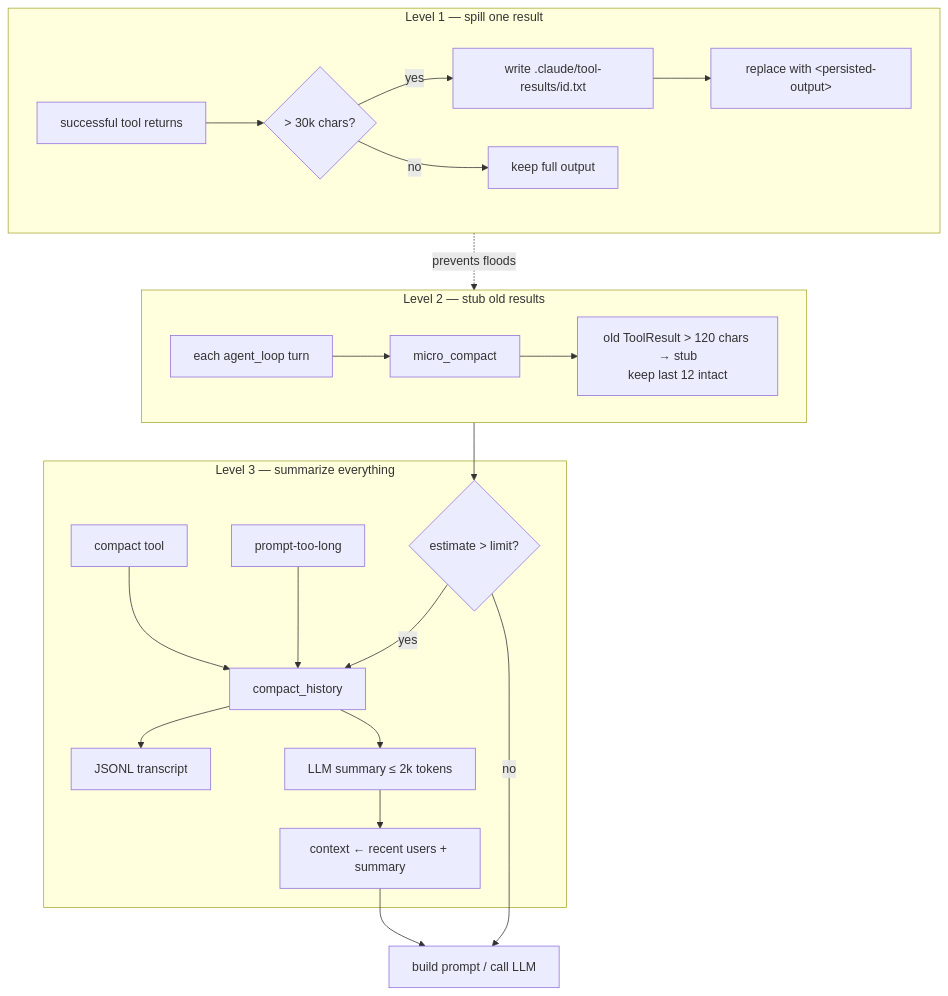
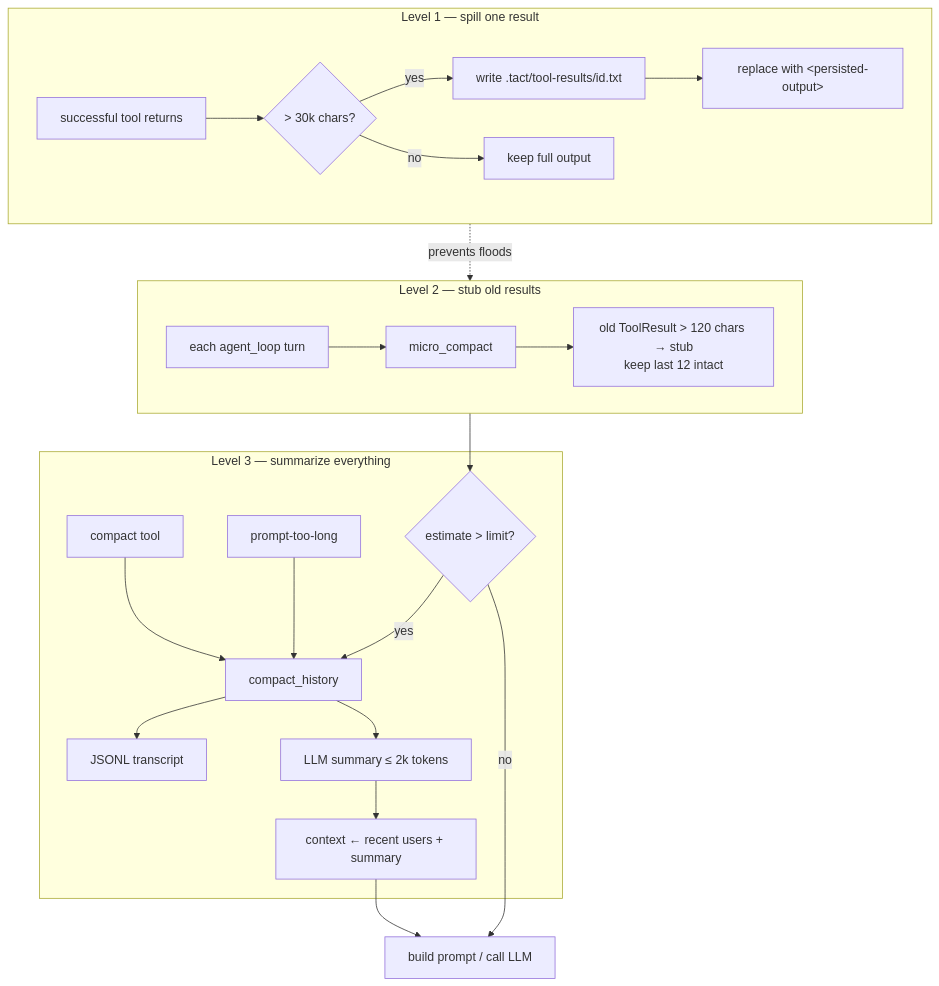
One commit to rust-infra/tact changed the second of 15 diagrams in book/05_chapter_compact.md. Above: the diagram before and after it, drawn with Mermaid. The commit also changed other lines of this file and 83 other files, not shown here.

````diff
--- a/book/05_chapter_compact.md
+++ b/book/05_chapter_compact.md
@@ -47,28 +47,28 @@
 ```mermaid
 flowchart TB
     subgraph L1["Level 1 — spill one result"]
         Bash[successful tool returns] --> Big{> 30k chars?}
-        Big -->|yes| Disk1["write .claude/tool-results/id.txt"]
+        Big -->|yes| Disk1["write .tact/tool-results/id.txt"]
         Disk1 --> Env["replace with &lt;persisted-output&gt;"]
         Big -->|no| Keep[keep full output]
     end
 
     subgraph L2["Level 2 — stub old results"]
         Turn[each agent_loop turn] --> MC[micro_compact]
         MC --> Stub["old ToolResult > 120 chars → stub<br/>keep last 12 intact"]
     end
 
     subgraph L3["Level 3 — summarize everything"]
         Est{estimate > limit?} -->|yes| CH[compact_history]
         Err[prompt-too-long] --> CH
         Manual[compact tool] --> CH
         CH --> Disk2[JSONL transcript]
         CH --> Sum[LLM summary ≤ 2k tokens]
         Sum --> One[context ← recent users + summary]
     end
 
     L1 -.->|prevents floods| L2
     L2 --> Est
     Est -->|no| Prompt[build prompt / call LLM]
     One --> Prompt
 ```
````
